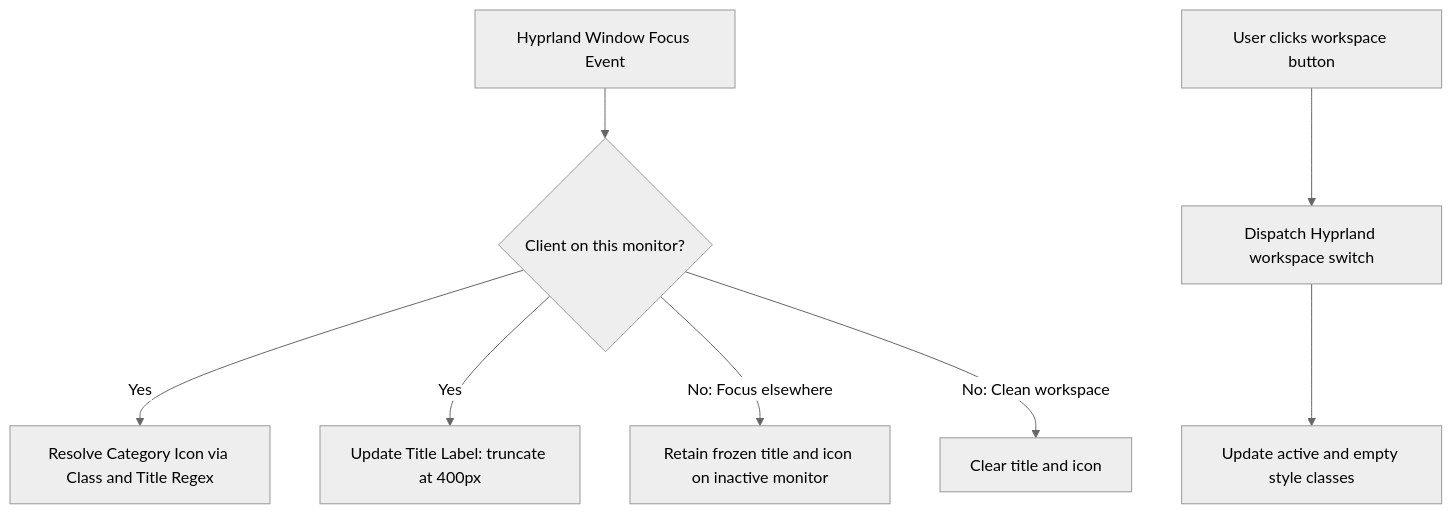
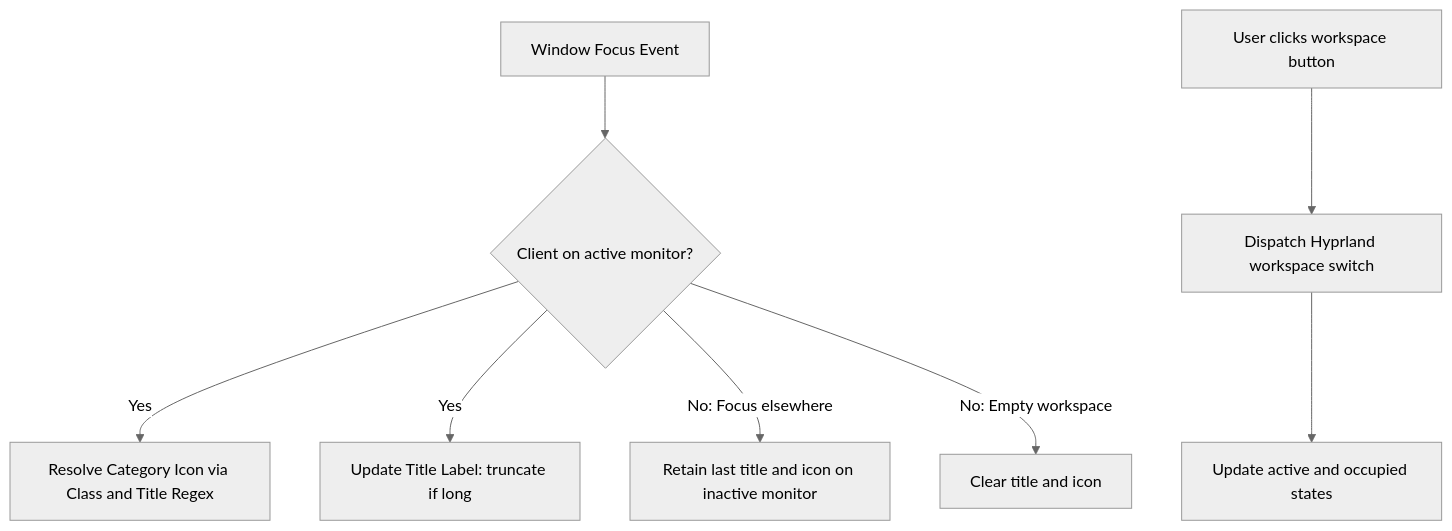
One commit to BeyondMagic/wisp changed the diagram in documentation/content/feature-record/004-workspace-tray.md. Above: the diagram before and after it, drawn with Mermaid (neutral theme). The commit also changed other lines of this file and 7 other files, not shown here.

````diff
--- a/documentation/content/feature-record/004-workspace-tray.md
+++ b/documentation/content/feature-record/004-workspace-tray.md
@@ -30,11 +26,11 @@
 ```mermaid
 flowchart TD
-    FocusChange[Hyprland Window Focus Event] --> InspectClient{Client on this monitor?}
+    FocusChange[Window Focus Event] --> InspectClient{Client on active monitor?}
     InspectClient -->|Yes| UpdateIcon[Resolve Category Icon via Class and Title Regex]
-    InspectClient -->|Yes| UpdateTitle[Update Title Label: truncate at 400px]
-    InspectClient -->|No: Focus elsewhere| FreezeState[Retain frozen title and icon on inactive monitor]
-    InspectClient -->|No: Clean workspace| ClearState[Clear title and icon]
+    InspectClient -->|Yes| UpdateTitle[Update Title Label: truncate if long]
+    InspectClient -->|No: Focus elsewhere| FreezeState[Retain last title and icon on inactive monitor]
+    InspectClient -->|No: Empty workspace| ClearState[Clear title and icon]
 
     ClickWorkspace[User clicks workspace button] --> DispatchHypr[Dispatch Hyprland workspace switch]
-    DispatchHypr --> UpdateWorkspaceState[Update active and empty style classes]
+    DispatchHypr --> UpdateWorkspaceState[Update active and occupied states]
 ```
````
